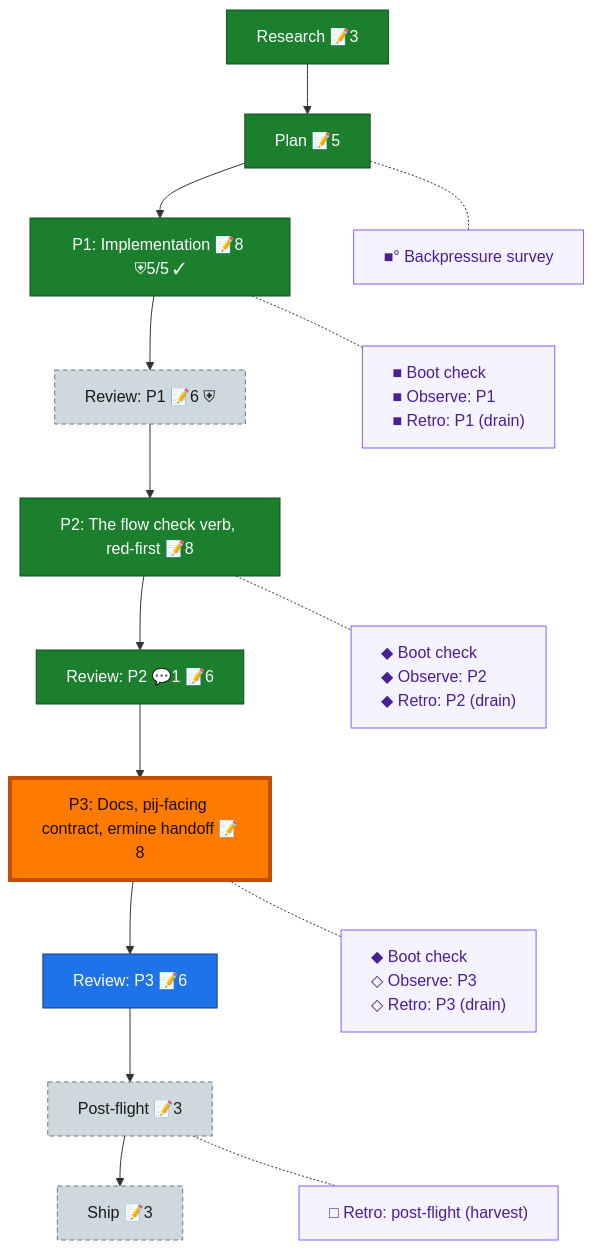
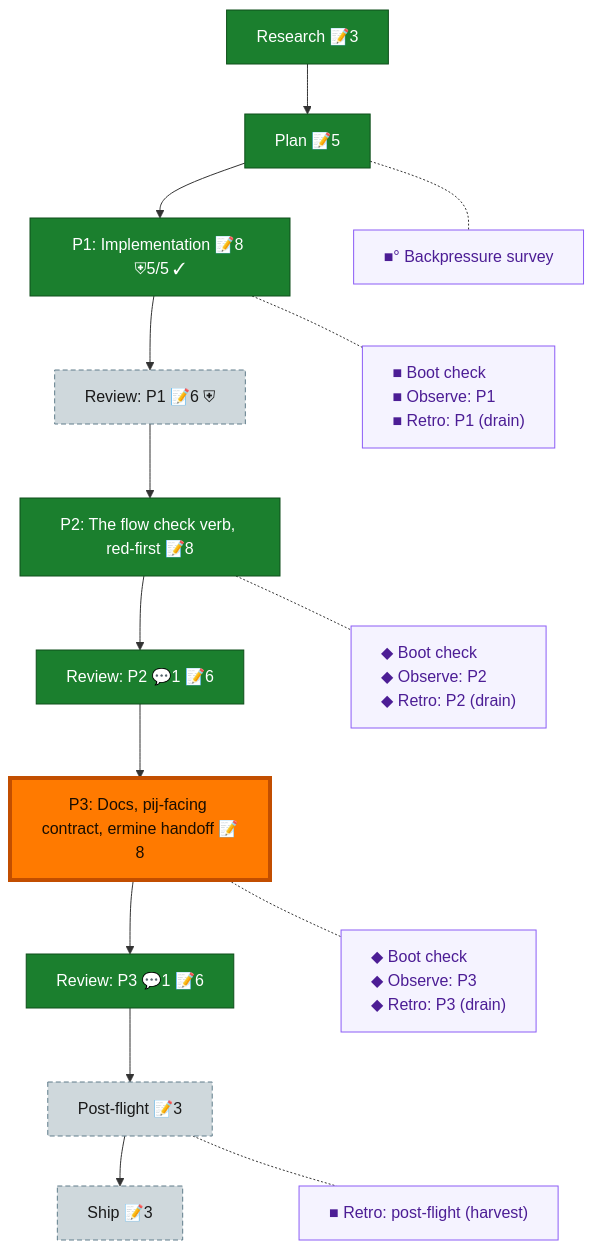
Before and after one commit to AI-Substrate/harness-engineering: the diagram in docs/plans/081-flow-reachability/the-flow.md, drawn with Mermaid. The commit also changed other lines of this file and 5 other files, not shown here.

First line of the commit message:
chore(081): close the acceptance criteria and post-flight receipts

````diff
--- a/docs/plans/081-flow-reachability/the-flow.md
+++ b/docs/plans/081-flow-reachability/the-flow.md
@@ -8,38 +8,37 @@
 ```mermaid
 flowchart TD
     research["Research 📝3"]:::done
     plan["Plan 📝5"]:::done
     phase_1["P1: Implementation 📝8 ⛨5/5 ✓"]:::done
     review_1["Review: P1 📝6 ⛨"]:::assumed
     phase_2["P2: The flow check verb, red-first 📝8"]:::done
     review_2["Review: P2 💬1 📝6"]:::done
-    phase_3["P3: Docs, pij-facing contract, ermine handoff 📝8"]:::known
-    review_3["Review: P3 📝6"]:::known
+    phase_3["P3: Docs, pij-facing contract, ermine handoff 📝8"]:::done
+    review_3["Review: P3 💬1 📝6"]:::done
     post_flight["Post-flight 📝3"]:::assumed
     ship["Ship 📝3"]:::assumed
 
     research --> plan --> phase_1 --> review_1 --> phase_2 --> review_2 --> phase_3 --> review_3 --> post_flight --> ship
 
     planC["■° Backpressure survey"]:::chore
     phase_1C["■ Boot check<br/>■ Observe: P1<br/>■ Retro: P1 (drain)"]:::chore
     phase_2C["◆ Boot check<br/>◆ Observe: P2<br/>◆ Retro: P2 (drain)"]:::chore
-    phase_3C["◆ Boot check<br/>◇ Observe: P3<br/>◇ Retro: P3 (drain)"]:::chore
-    post_flightC["□ Retro: post-flight (harvest)"]:::chore
+    phase_3C["◆ Boot check<br/>◆ Observe: P3<br/>◆ Retro: P3 (drain)"]:::chore
+    post_flightC["■ Retro: post-flight (harvest)"]:::chore
 
     %% invisible chain holds the gutter boxes in their own column
     planC ~~~ phase_1C ~~~ phase_2C ~~~ phase_3C ~~~ post_flightC
 
     %% dotted links pull each gutter box beside its node
     plan -.- planC
     phase_1 -.- phase_1C
     phase_2 -.- phase_2C
     phase_3 -.- phase_3C
     post_flight -.- post_flightC
 
     classDef done fill:#1B7F2E,stroke:#0F4F1B,color:#fff;
-    classDef known fill:#1E73E8,stroke:#0D3F86,color:#fff;
     classDef assumed fill:#CFD8DC,stroke:#607D8B,color:#1a1a1a,stroke-dasharray:5 3;
     classDef chore fill:#f5f3ff,stroke:#8b5cf6,color:#4c1d95,text-align:left;
     classDef current fill:#FF7A00,stroke:#C24E00,color:#1a0e00,stroke-width:4px;
     class phase_3 current;
 ```
````
